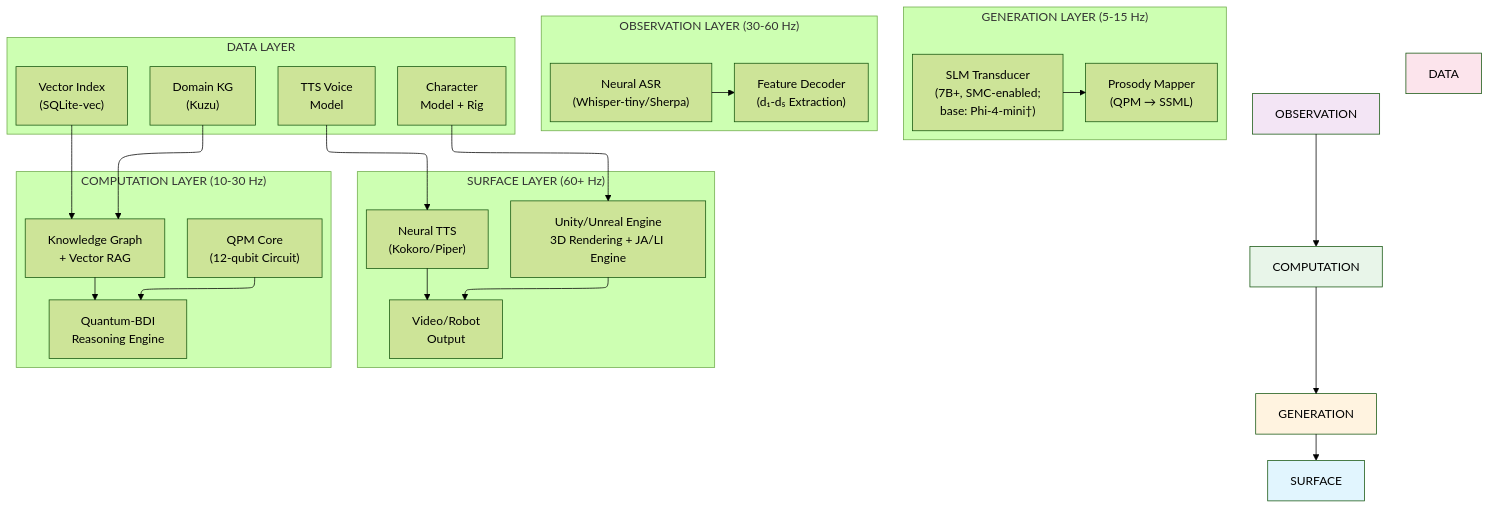
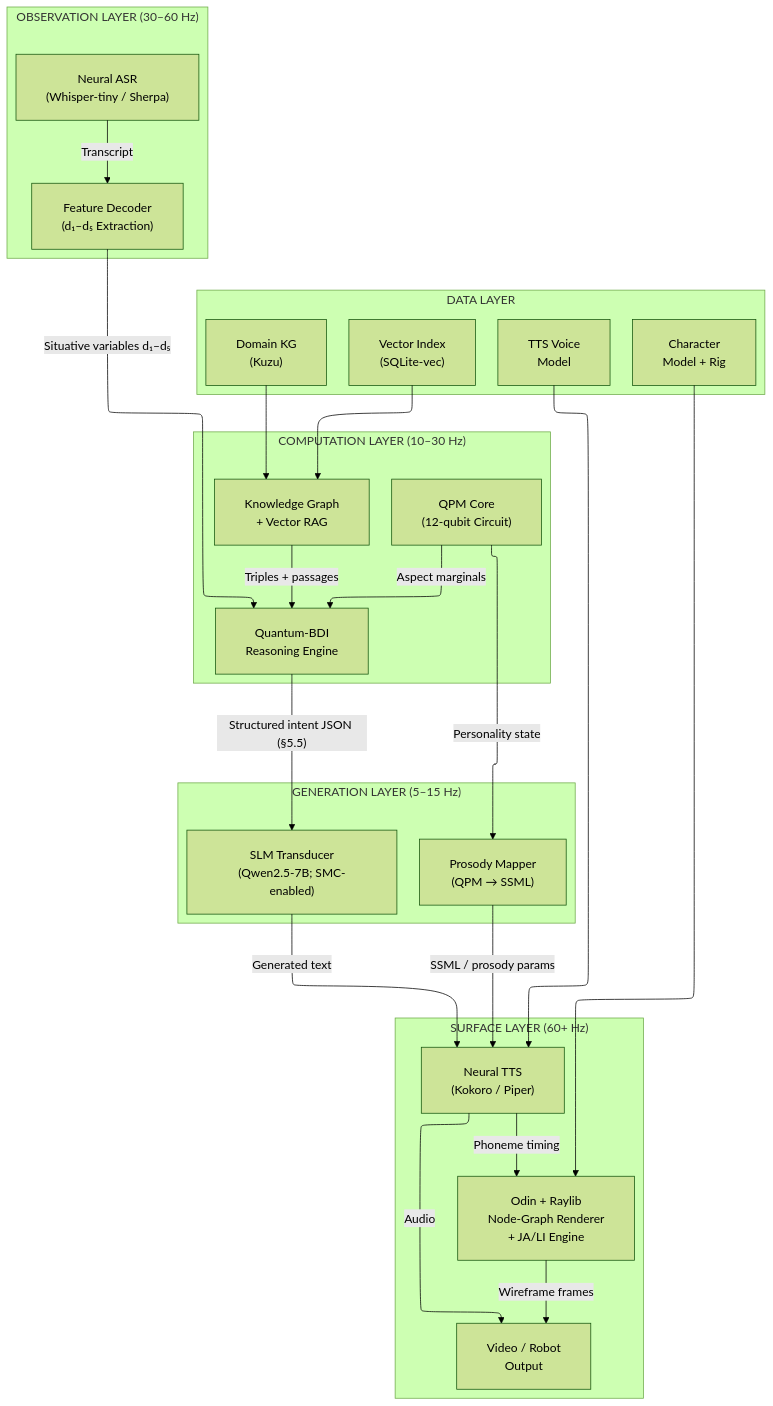
One commit to JustForCodin/Centaurian_Architecture_Implementation changed diagram 11 of 18 in Centaurian_Hybrid_Architecture_v3.md. Above: the diagram before and after it, drawn with Mermaid (forest theme). The commit also changed other lines of this file, not shown here.

First line of the commit message:
v3 paper: node-graph rendering, Phase 1/2 domain split, persona-coherence reframe

````diff
--- a/Centaurian_Hybrid_Architecture_v3.md
+++ b/Centaurian_Hybrid_Architecture_v3.md
@@ -1419,51 +1406,50 @@
 ```mermaid
-%%{init: {"flowchart": {"defaultRenderer": "elk"}} }%%
+%%{init: {"flowchart": {"defaultRenderer": "elk", "nodeSpacing": 70, "rankSpacing": 110, "padding": 20}} }%%
 graph TB
-    subgraph "SURFACE LAYER (60+ Hz)"
+    subgraph OBSERVATION ["OBSERVATION LAYER (30–60 Hz)"]
         direction LR
-        UNITY["Unity/Unreal Engine<br/>3D Rendering + JA/LI Engine"]
-        TTS_OUT["Neural TTS<br/>(Kokoro/Piper)"]
-        DISPLAY["Video/Robot<br/>Output"]
-        UNITY --> DISPLAY
-        TTS_OUT --> DISPLAY
+        ASR["Neural ASR<br/>(Whisper-tiny / Sherpa)"]
+        FEAT["Feature Decoder<br/>(d₁–d₅ Extraction)"]
+        ASR -->|"Transcript"| FEAT
     end
-    subgraph "GENERATION LAYER (5-15 Hz)"
+    subgraph COMPUTATION ["COMPUTATION LAYER (10–30 Hz)"]
         direction LR
-        SLM_MAIN["SLM Transducer<br/>(7B+, SMC-enabled;<br/>base: Phi-4-mini†)"]
+        KG_MAIN["Knowledge Graph<br/>+ Vector RAG"]
+        BDI_MAIN["Quantum-BDI<br/>Reasoning Engine"]
+        QPM_MAIN["QPM Core<br/>(12-qubit Circuit)"]
+        KG_MAIN -->|"Triples + passages"| BDI_MAIN
+        QPM_MAIN -->|"Aspect marginals"| BDI_MAIN
+    end
+    subgraph GENERATION ["GENERATION LAYER (5–15 Hz)"]
+        direction LR
+        SLM_MAIN["SLM Transducer<br/>(Qwen2.5-7B; SMC-enabled)"]
         PROSODY["Prosody Mapper<br/>(QPM → SSML)"]
-        SLM_MAIN --> PROSODY
     end
-    subgraph "COMPUTATION LAYER (10-30 Hz)"
+    subgraph SURFACE ["SURFACE LAYER (60+ Hz)"]
         direction LR
-        QPM_MAIN["QPM Core<br/>(12-qubit Circuit)"]
-        BDI_MAIN["Quantum-BDI<br/>Reasoning Engine"]
-        KG_MAIN["Knowledge Graph<br/>+ Vector RAG"]
-        QPM_MAIN --> BDI_MAIN
-        KG_MAIN --> BDI_MAIN
+        RENDERER["Odin + Raylib<br/>Node-Graph Renderer<br/>+ JA/LI Engine"]
+        TTS_OUT["Neural TTS<br/>(Kokoro / Piper)"]
+        DISPLAY["Video / Robot<br/>Output"]
+        TTS_OUT -->|"Audio"| DISPLAY
+        RENDERER -->|"Wireframe frames"| DISPLAY
     end
-    subgraph "OBSERVATION LAYER (30-60 Hz)"
-        direction LR
-        ASR["Neural ASR<br/>(Whisper-tiny/Sherpa)"]
-        FEAT["Feature Decoder<br/>(d₁-d₅ Extraction)"]
-        ASR --> FEAT
-    end
-    subgraph "DATA LAYER"
+    subgraph DATA ["DATA LAYER"]
         direction LR
         KG_DB["Domain KG<br/>(Kuzu)"]
         VEC_DB["Vector Index<br/>(SQLite-vec)"]
         VOICE_DB["TTS Voice<br/>Model"]
         ANIM_DB["Character<br/>Model + Rig"]
     end
-    OBSERVATION --> COMPUTATION
-    COMPUTATION --> GENERATION
-    GENERATION --> SURFACE
+
+    FEAT -->|"Situative variables d₁–d₅"| BDI_MAIN
+    BDI_MAIN -->|"Structured intent JSON (§5.5)"| SLM_MAIN
+    QPM_MAIN -->|"Personality state"| PROSODY
+    SLM_MAIN -->|"Generated text"| TTS_OUT
+    PROSODY -->|"SSML / prosody params"| TTS_OUT
+    TTS_OUT -->|"Phoneme timing"| RENDERER
+
     KG_DB --> KG_MAIN
     VEC_DB --> KG_MAIN
     VOICE_DB --> TTS_OUT
-    ANIM_DB --> UNITY
-    style SURFACE fill:#e1f5fe
-    style GENERATION fill:#fff3e0
-    style COMPUTATION fill:#e8f5e9
-    style OBSERVATION fill:#f3e5f5
-    style DATA fill:#fce4ec
+    ANIM_DB --> RENDERER
 ```
````
